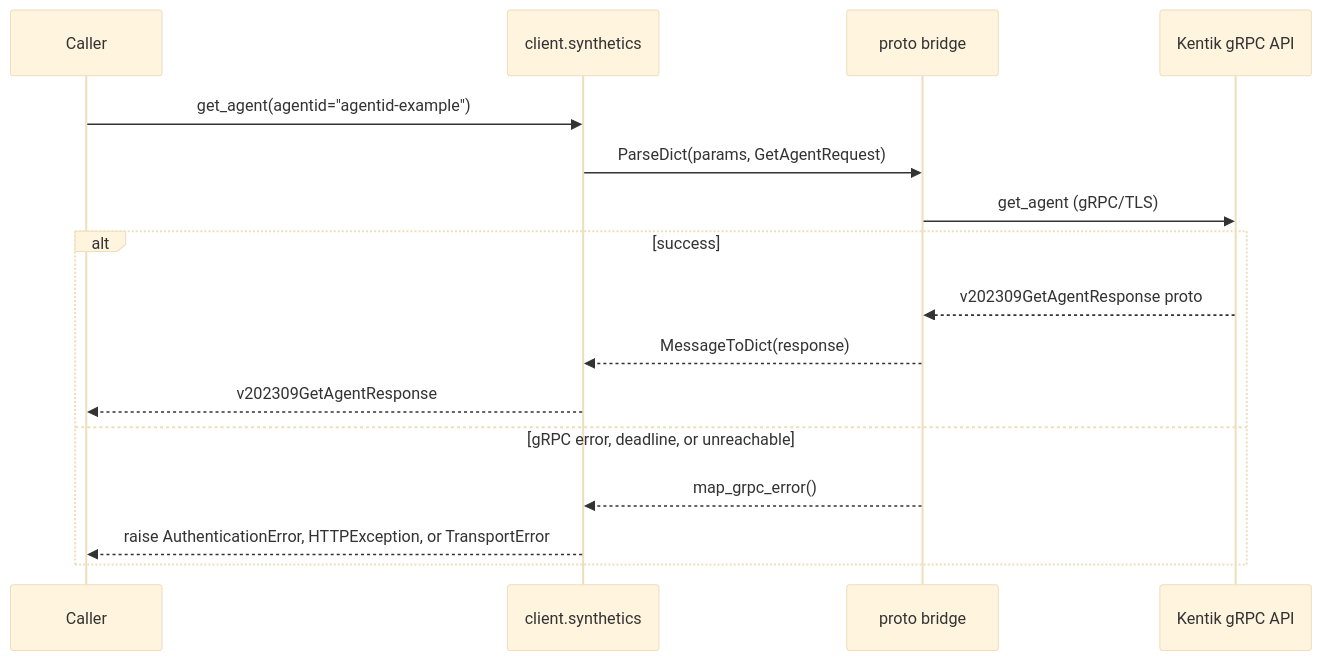
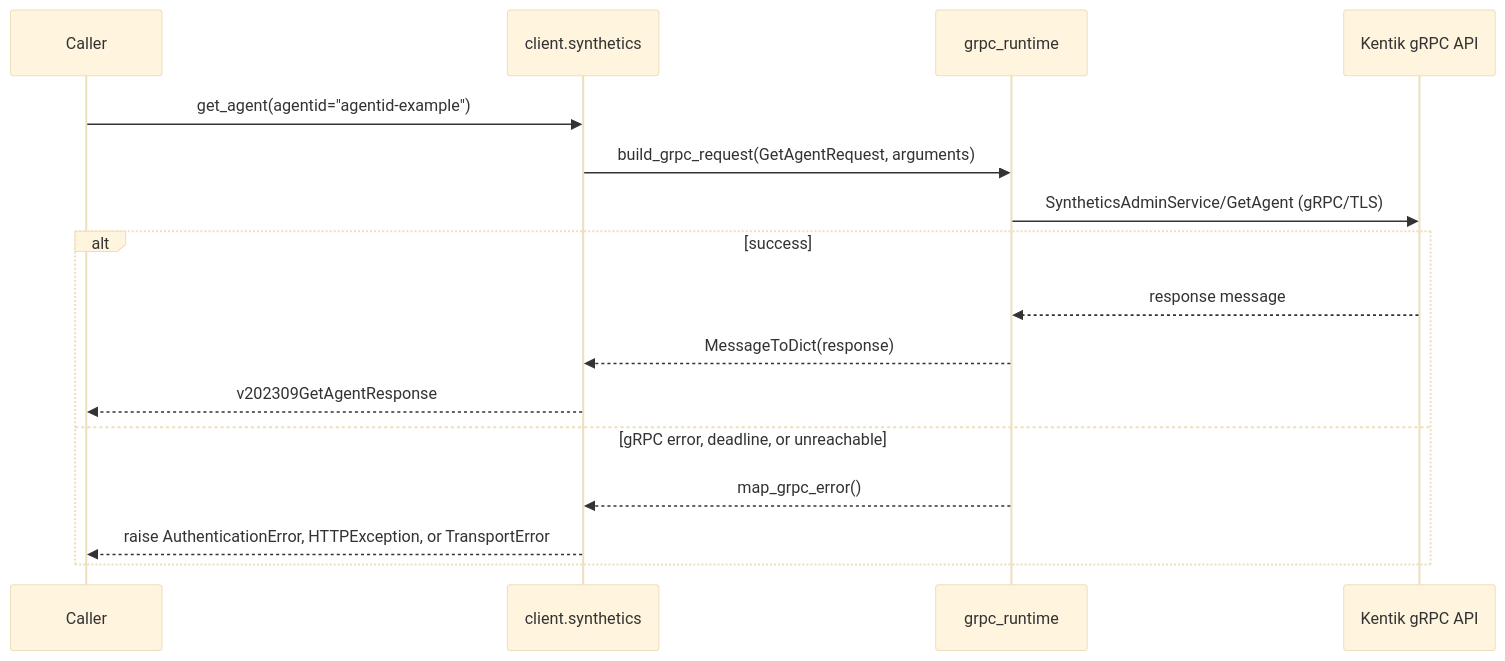
Diagram 15 of 38 in docs/sphinx/services/synthetics.md (alexdearaujo/community_sdk_python), drawn with Mermaid (base theme) before and after one commit. The commit also changed other lines of this file and 37 other files, not shown here.

First line of the commit message:
docs: show the real RPC in each service page's gRPC diagram

````diff
--- a/docs/sphinx/services/synthetics.md
+++ b/docs/sphinx/services/synthetics.md
@@ -509,19 +509,19 @@
 ```mermaid
 sequenceDiagram
     participant C as Caller
     participant W as client.synthetics
-    participant B as proto bridge
+    participant R as grpc_runtime
     participant API as Kentik gRPC API
 
     C->>W: get_agent(agentid="agentid-example")
-    W->>B: ParseDict(params, GetAgentRequest)
-    B->>API: get_agent (gRPC/TLS)
+    W->>R: build_grpc_request(GetAgentRequest, arguments)
+    R->>API: SyntheticsAdminService/GetAgent (gRPC/TLS)
     alt success
-        API-->>B: v202309GetAgentResponse proto
-        B-->>W: MessageToDict(response)
+        API-->>R: response message
+        R-->>W: MessageToDict(response)
         W-->>C: v202309GetAgentResponse
     else gRPC error, deadline, or unreachable
-        B-->>W: map_grpc_error()
+        R-->>W: map_grpc_error()
         W-->>C: raise AuthenticationError, HTTPException, or TransportError
     end
 ```
````
